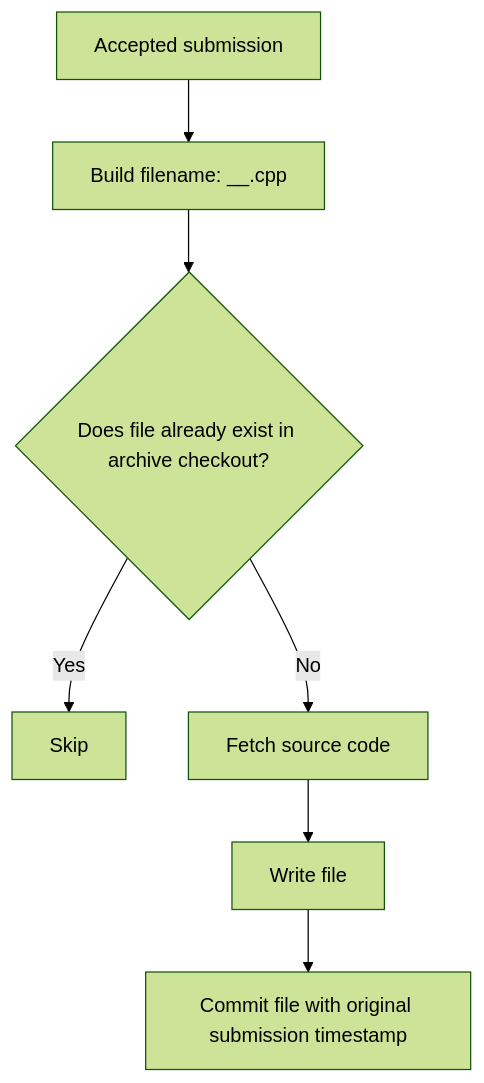
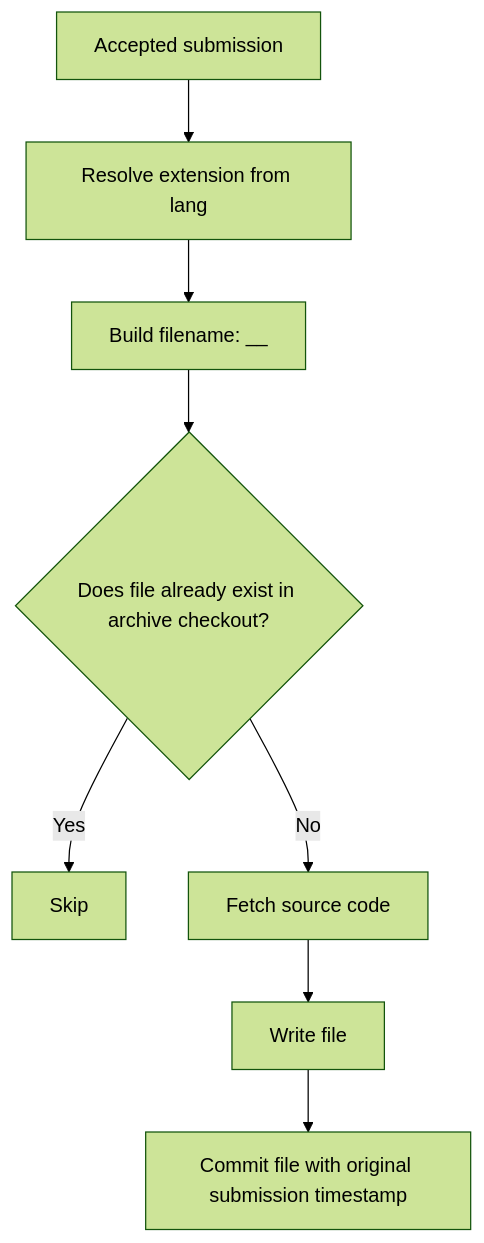
The fifth of 7 diagrams in docs/ARCHITECTURE.md (yashsahay25/leetcode-sync-tool), drawn with Mermaid (forest theme) before and after one commit. The commit also changed other lines of this file and 2 other files, not shown here.

Commit message:
docs: document multi-language support in changelog, architecture, and README

````diff
--- a/docs/ARCHITECTURE.md
+++ b/docs/ARCHITECTURE.md
@@ -119,9 +119,10 @@
 ```mermaid
 flowchart TD
-    A["Accepted submission"] --> B["Build filename: <problemId>_<slug>_<submissionId>.cpp"]
+    A["Accepted submission"] --> A1["Resolve extension from lang"]
+    A1 --> B["Build filename: <problemId>_<slug>_<submissionId><ext>"]
     B --> C{"Does file already exist in archive checkout?"}
     C -->|"Yes"| D["Skip"]
     C -->|"No"| E["Fetch source code"]
     E --> F["Write file"]
     F --> G["Commit file with original submission timestamp"]
 ```
````
